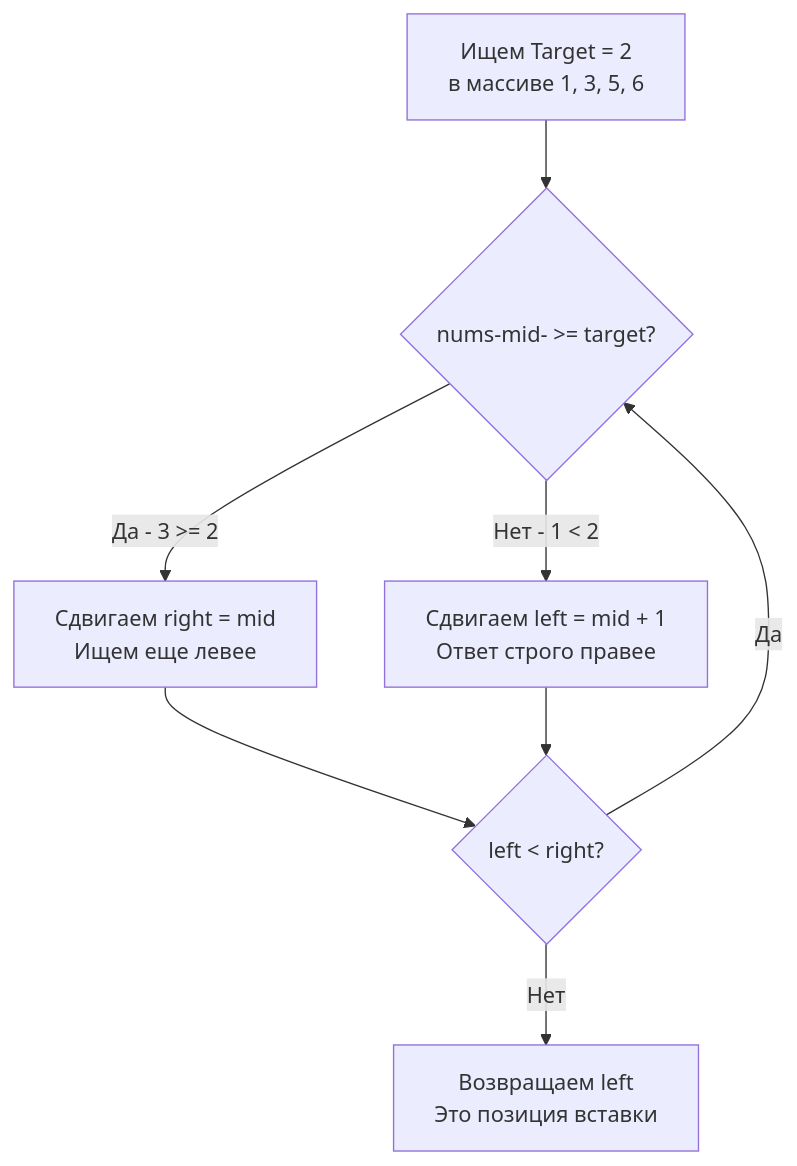
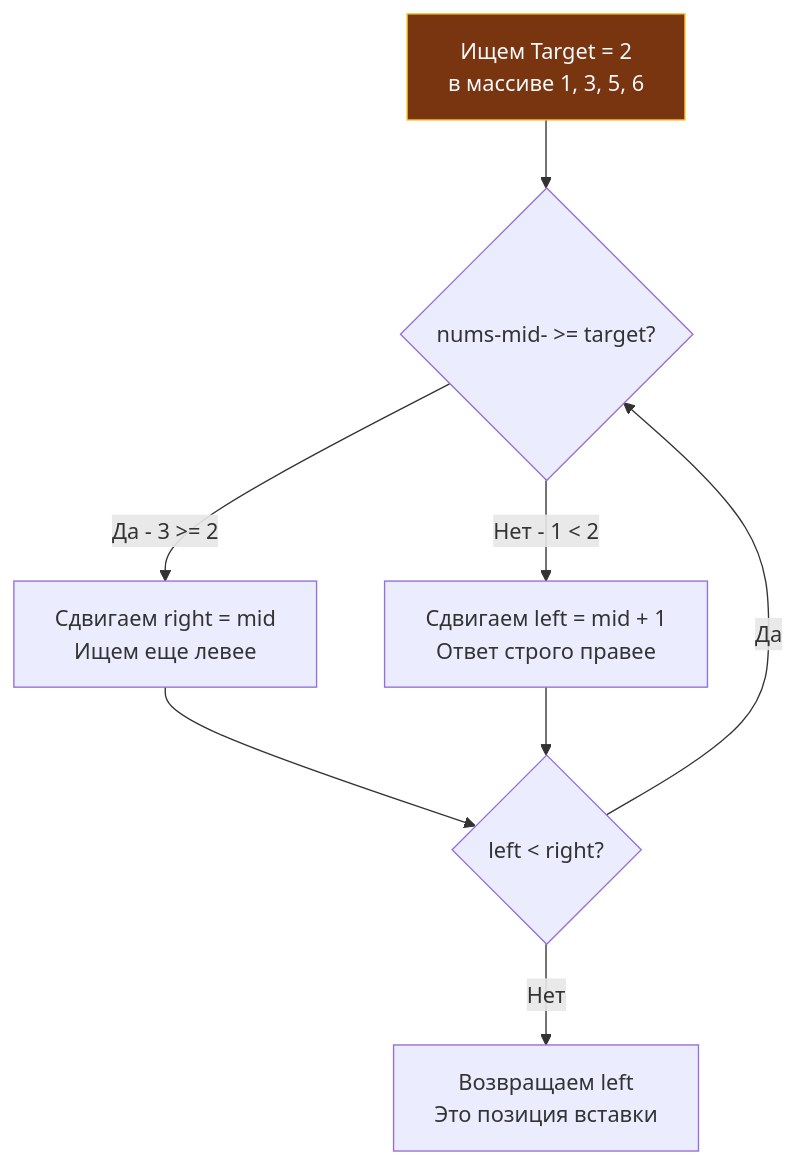
The diagram in sources/21. Задачи с LeetCode и собеседований на Go/02. Задачи/09. Бинарный поиск/4. Search Insert Position.md (UnrealTemplier/go-textbook), drawn with Mermaid before and after one commit. The commit also changed 1666 other files, not shown here.

First line of the commit message:
feat(mermaid): add semantic color classDef to 1369 colorless flowchart/graph diagrams

````diff
--- a/sources/21. Задачи с LeetCode и собеседований на Go/02. Задачи/09. Бинарный поиск/4. Search Insert Position.md
+++ b/sources/21. Задачи с LeetCode и собеседований на Go/02. Задачи/09. Бинарный поиск/4. Search Insert Position.md
@@ -20,12 +20,22 @@
 ```mermaid
 flowchart TD
-    Start["Ищем Target = 2<br>в массиве 1, 3, 5, 6"] --> Check{"nums-mid- >= target?"}
+    classDef process  fill:#1e293b,stroke:#38bdf8,stroke-width:1px,color:#f8fafc
+    classDef success  fill:#064e3b,stroke:#34d399,stroke-width:1px,color:#f8fafc
+    classDef error    fill:#7f1d1d,stroke:#f87171,stroke-width:1px,color:#f8fafc
+    classDef warning  fill:#78350f,stroke:#fbbf24,stroke-width:1px,color:#f8fafc
+    classDef entry    fill:#1e3a5f,stroke:#38bdf8,stroke-width:2px,color:#f8fafc
+    classDef aux      fill:#334155,stroke:#64748b,stroke-width:1px,color:#f8fafc
+    classDef system   fill:#312e81,stroke:#a78bfa,stroke-width:1px,color:#f8fafc
+    classDef data     fill:#132d29,stroke:#2dd4bf,stroke-width:1px,color:#f8fafc
+    classDef network  fill:#881337,stroke:#fb7185,stroke-width:1px,color:#f8fafc
+    classDef accent   fill:#1e1b4b,stroke:#818cf8,stroke-width:1px,color:#f8fafc
+    Start["Ищем Target = 2<br>в массиве 1, 3, 5, 6"]:::warning --> Check{"nums-mid- >= target?"}
     
     Check -->|"Да - 3 >= 2"| GoLeft["Сдвигаем right = mid<br>Ищем еще левее"]
     Check -->|"Нет - 1 < 2"| GoRight["Сдвигаем left = mid + 1<br>Ответ строго правее"]
     
     GoLeft --> Loop{"left < right?"}
     GoRight --> Loop
     Loop -->|"Да"| Check
     Loop -->|"Нет"| End["Возвращаем left<br>Это позиция вставки"]
 ```
````
